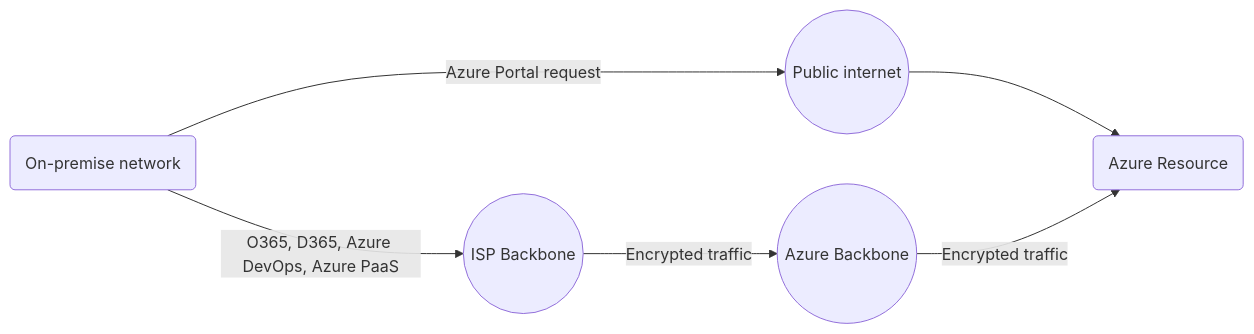
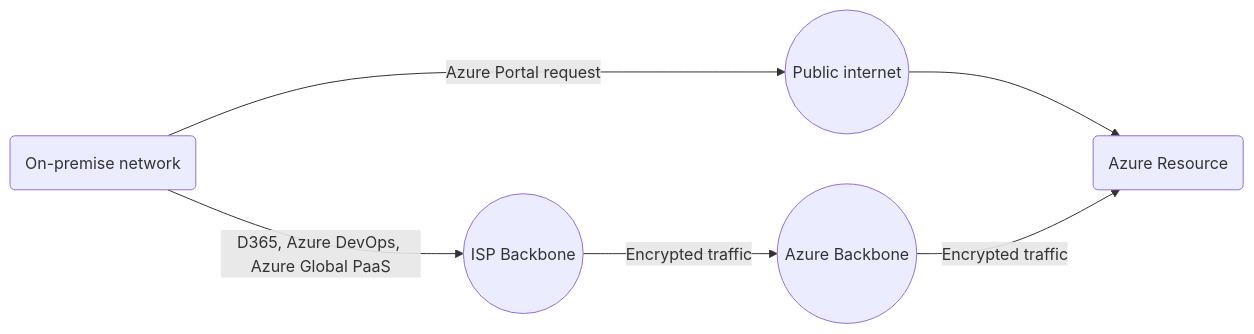
Before and after one commit to bigtoga/Examples: the third of 4 diagrams in Cloud - Azure/Azure Virtual Networks/ExpressRoute and S2S VPN.md, drawn with Mermaid. The commit also changed other lines of this file, not shown here.

````diff
--- a/Cloud - Azure/Azure Virtual Networks/ExpressRoute and S2S VPN.md
+++ b/Cloud - Azure/Azure Virtual Networks/ExpressRoute and S2S VPN.md
@@ -105,8 +105,8 @@
 ```mermaid
 graph LR
     A(On-premise network) -- Azure Portal request --> B((Public internet))
     B --> C(Azure Resource)
-    A -- O365, D365, Azure DevOps, Azure PaaS --> D((ISP Backbone))
+    A -- D365, Azure DevOps, Azure Global PaaS --> D((ISP Backbone))
     D -- Encrypted traffic --> E((Azure Backbone))
     E -- Encrypted traffic --> C
 ```    
````
